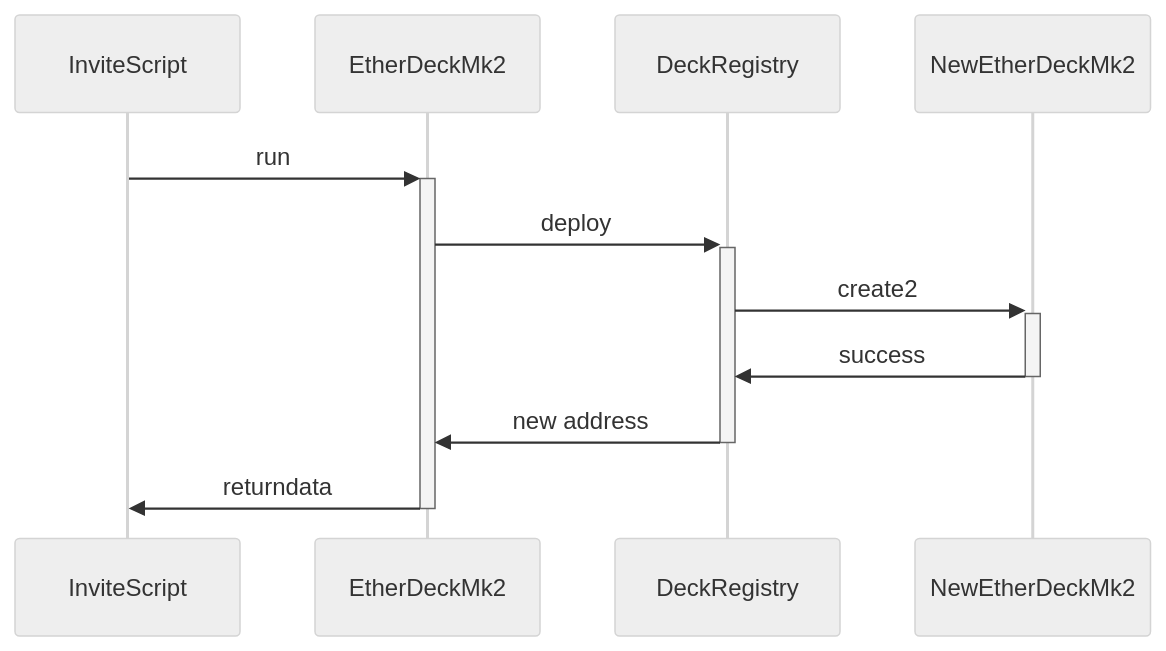
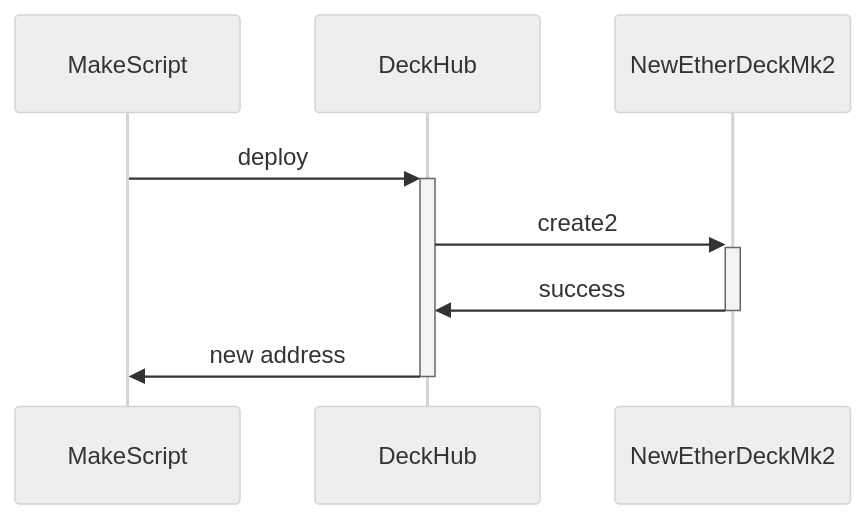
Before and after one commit to jtriley-eth/decktools-mk2: the first of 6 diagrams in README.md, drawn with Mermaid (neutral theme). The commit also changed other lines of this file and 1 other file, not shown here.

Commit message:
invite -> make

````diff
--- a/README.md
+++ b/README.md
@@ -9,9 +9,7 @@
 ```mermaid
 sequenceDiagram
-    InviteScript->>+EtherDeckMk2: run
-        EtherDeckMk2->>+DeckRegistry: deploy
-            DeckRegistry->>+NewEtherDeckMk2: create2
-            NewEtherDeckMk2->>-DeckRegistry: success
-        DeckRegistry->>-EtherDeckMk2: new address
-    EtherDeckMk2->>-InviteScript: returndata
+    MakeScript->>+DeckHub: deploy
+        DeckHub->>+NewEtherDeckMk2: create2
+        NewEtherDeckMk2->>-DeckHub: success
+    DeckHub->>-MakeScript: new address
 ```
````
